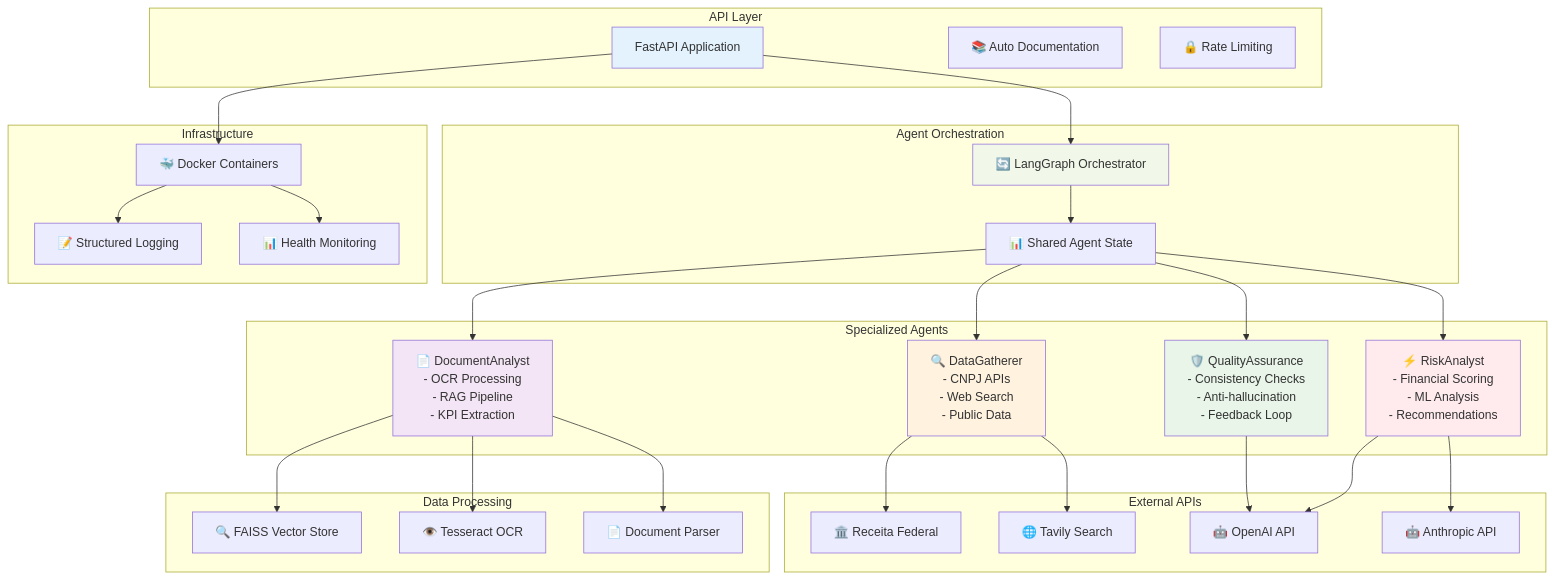
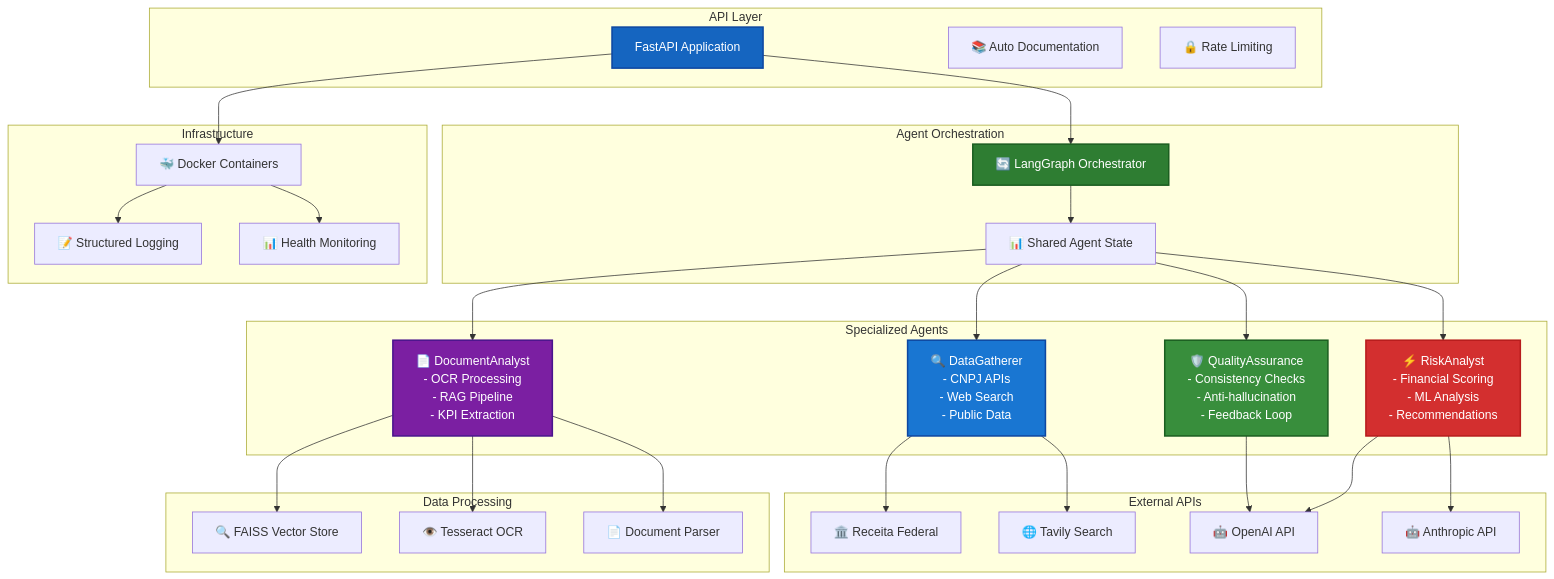
The second of 4 diagrams in README.md (gregorizeidler/multi-agent-credit-analysis), drawn with Mermaid before and after one commit. The commit also changed other lines of this file, not shown here.

First line of the commit message:
docs: melhorar README - roadmap 2025 + diagramas com melhor contraste

````diff
--- a/README.md
+++ b/README.md
@@ -87,66 +87,66 @@
 ```mermaid
 graph TB
     subgraph "API Layer"
         API[FastAPI Application]
         DOCS[📚 Auto Documentation]
         AUTH[🔒 Rate Limiting]
     end
     
     subgraph "Agent Orchestration"
         LG[🔄 LangGraph Orchestrator]
         STATE[📊 Shared Agent State]
     end
     
     subgraph "Specialized Agents"
         DG[🔍 DataGatherer<br/>- CNPJ APIs<br/>- Web Search<br/>- Public Data]
         DA[📄 DocumentAnalyst<br/>- OCR Processing<br/>- RAG Pipeline<br/>- KPI Extraction]
         RA[⚡ RiskAnalyst<br/>- Financial Scoring<br/>- ML Analysis<br/>- Recommendations]
         QA[🛡️ QualityAssurance<br/>- Consistency Checks<br/>- Anti-hallucination<br/>- Feedback Loop]
     end
     
     subgraph "Data Processing"
         VS[🔍 FAISS Vector Store]
         OCR[👁️ Tesseract OCR]
         PDF[📄 Document Parser]
     end
     
     subgraph "External APIs"
         RF[🏛️ Receita Federal]
         TAVILY[🌐 Tavily Search]
         OPENAI[🤖 OpenAI API]
         ANTHROPIC[🤖 Anthropic API]
     end
     
     subgraph "Infrastructure"
         DOCKER[🐳 Docker Containers]
         LOGS[📝 Structured Logging]
         MONITOR[📊 Health Monitoring]
     end
     
     API --> LG
     LG --> STATE
     STATE --> DG
     STATE --> DA
     STATE --> RA
     STATE --> QA
     
     DG --> RF
     DG --> TAVILY
     DA --> VS
     DA --> OCR
     DA --> PDF
     RA --> OPENAI
     RA --> ANTHROPIC
     QA --> OPENAI
     
     API --> DOCKER
     DOCKER --> LOGS
     DOCKER --> MONITOR
     
-    style API fill:#e3f2fd
-    style LG fill:#f1f8e9
-    style DG fill:#fff3e0
-    style DA fill:#f3e5f5
-    style RA fill:#ffebee
-    style QA fill:#e8f5e8
+    style API fill:#1565c0,stroke:#0d47a1,stroke-width:2px,color:#fff
+    style LG fill:#2e7d32,stroke:#1b5e20,stroke-width:2px,color:#fff
+    style DG fill:#1976d2,stroke:#0d47a1,stroke-width:2px,color:#fff
+    style DA fill:#7b1fa2,stroke:#4a148c,stroke-width:2px,color:#fff
+    style RA fill:#d32f2f,stroke:#b71c1c,stroke-width:2px,color:#fff
+    style QA fill:#388e3c,stroke:#1b5e20,stroke-width:2px,color:#fff
 ```
````
